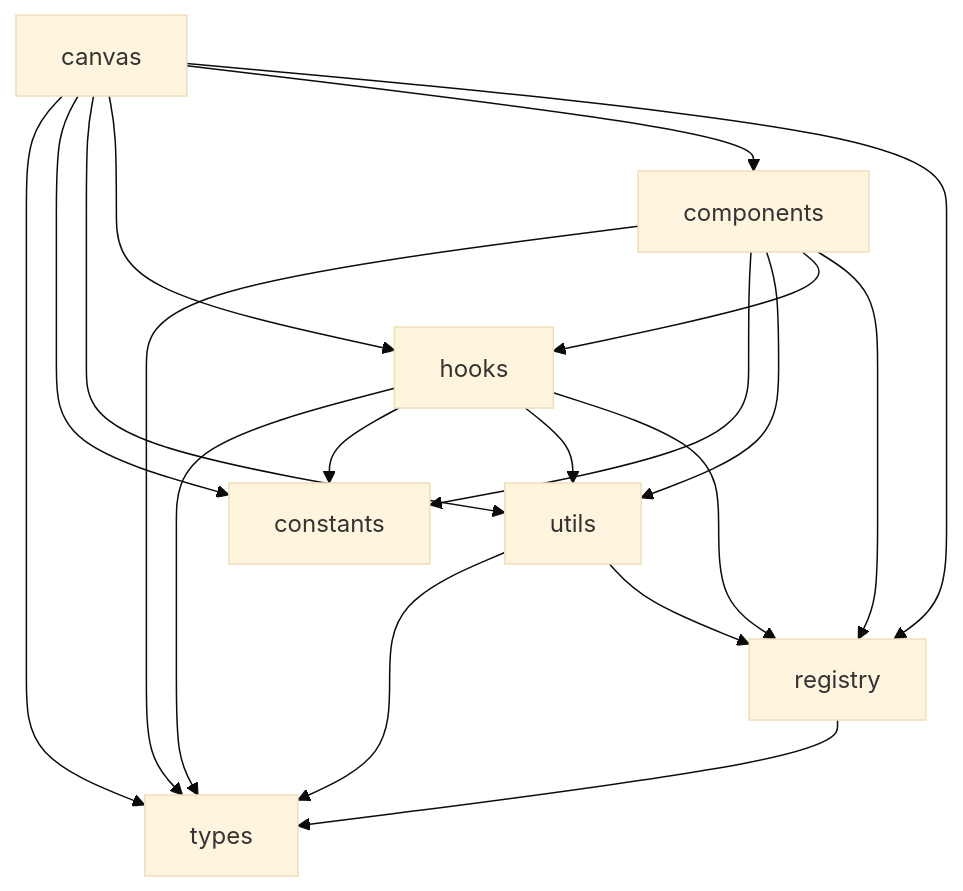
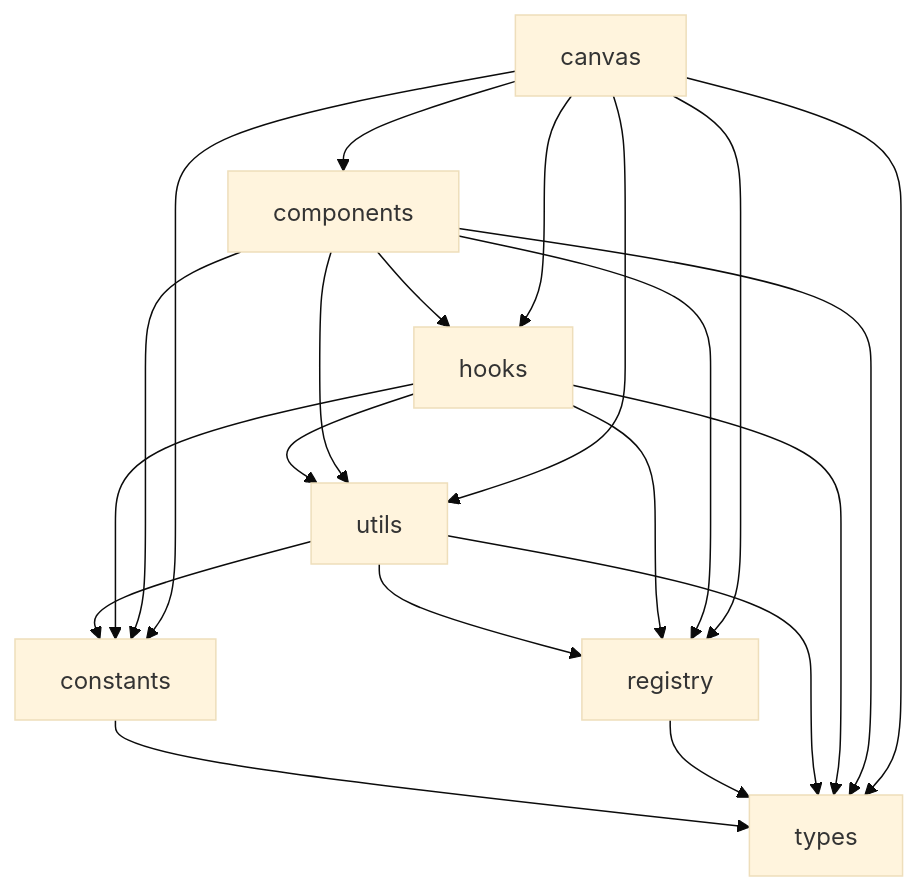
The first of 3 diagrams in web/features/svg-canvas/docs/dependency-rules.md (gznnk/json-draw-prealpha), drawn with Mermaid (base theme) before and after one commit. The commit also changed 1 other file, not shown here.

Commit message:
feat: add svg-canvas internal module boundaries to ESLint
- Configure detailed dependency rules for svg-canvas modules
- Add types hierarchy: core → data → state → events → props
- Add general module rules: constants/registry → utils → hooks → components → canvas
- Add components internal rules: icons → core → shapes → nodes, menus → icons
- Update dependency-rules.md formatting

🤖 Generated with [Claude Code](https://claude.ai/code)

````diff
--- a/web/features/svg-canvas/docs/dependency-rules.md
+++ b/web/features/svg-canvas/docs/dependency-rules.md
@@ -5,21 +5,23 @@
 ```mermaid
 graph TD
+    constants --> types
     registry --> types
+    utils --> constants
     utils --> types
     utils --> registry
+    hooks --> constants
     hooks --> types
-    hooks --> constants
+    hooks --> registry
     hooks --> utils
-    hooks --> registry
+    components --> constants
     components --> types
-    components --> constants
-    components --> utils
     components --> hooks
     components --> registry
+    components --> utils
+    canvas --> components
+    canvas --> constants
     canvas --> types
-    canvas --> constants
+    canvas --> hooks
+    canvas --> registry
     canvas --> utils
-    canvas --> hooks
-    canvas --> components
-    canvas --> registry
 ```
````
